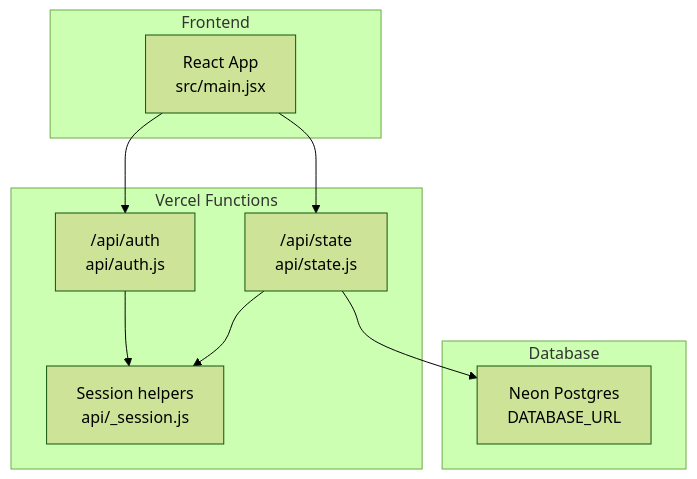
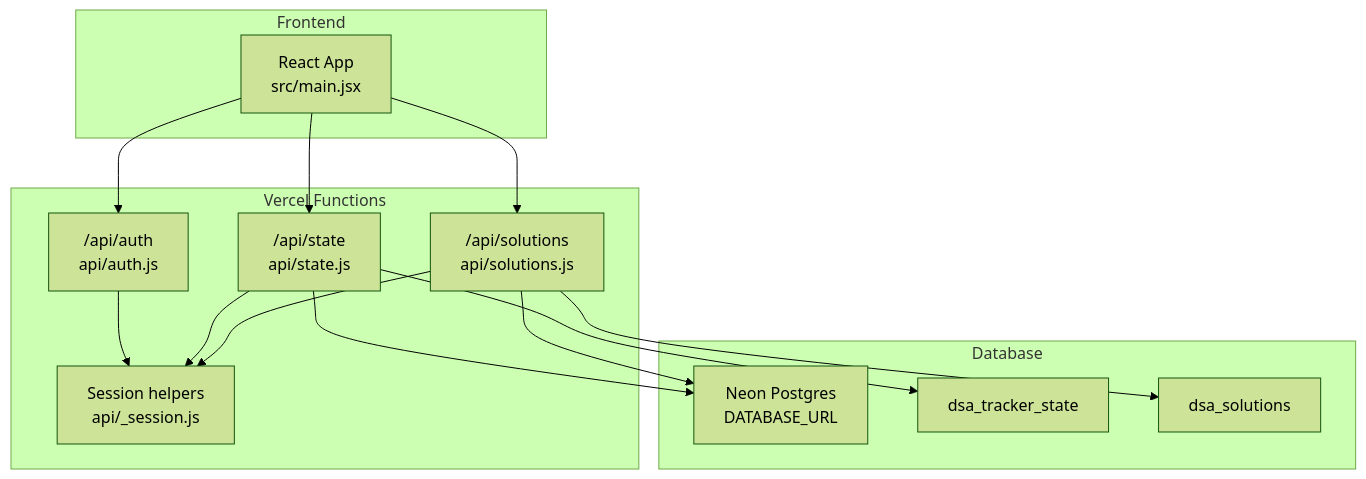
Before and after one commit to iamrituraj/DSA-Tracker: the first of 10 diagrams in .qoder/repowiki/en/content/Cloud Synchronization.md, drawn with Mermaid (forest theme). The commit also changed other lines of this file and 29 other files, not shown here.

````diff
--- a/.qoder/repowiki/en/content/Cloud Synchronization.md
+++ b/.qoder/repowiki/en/content/Cloud Synchronization.md
@@ -50,19 +52,27 @@
 ```mermaid
 graph TB
 subgraph "Frontend"
 FE["React App<br/>src/main.jsx"]
 end
 subgraph "Vercel Functions"
 AUTH["/api/auth<br/>api/auth.js"]
 STATE["/api/state<br/>api/state.js"]
+SOLUTIONS["/api/solutions<br/>api/solutions.js"]
 SESSION["Session helpers<br/>api/_session.js"]
 end
 subgraph "Database"
 NEON["Neon Postgres<br/>DATABASE_URL"]
+STATE_DB["dsa_tracker_state"]
+SOLUTIONS_DB["dsa_solutions"]
 end
 FE --> AUTH
 FE --> STATE
+FE --> SOLUTIONS
 AUTH --> SESSION
 STATE --> SESSION
+SOLUTIONS --> SESSION
 STATE --> NEON
+SOLUTIONS --> NEON
+STATE --> STATE_DB
+SOLUTIONS --> SOLUTIONS_DB
 ```
````
